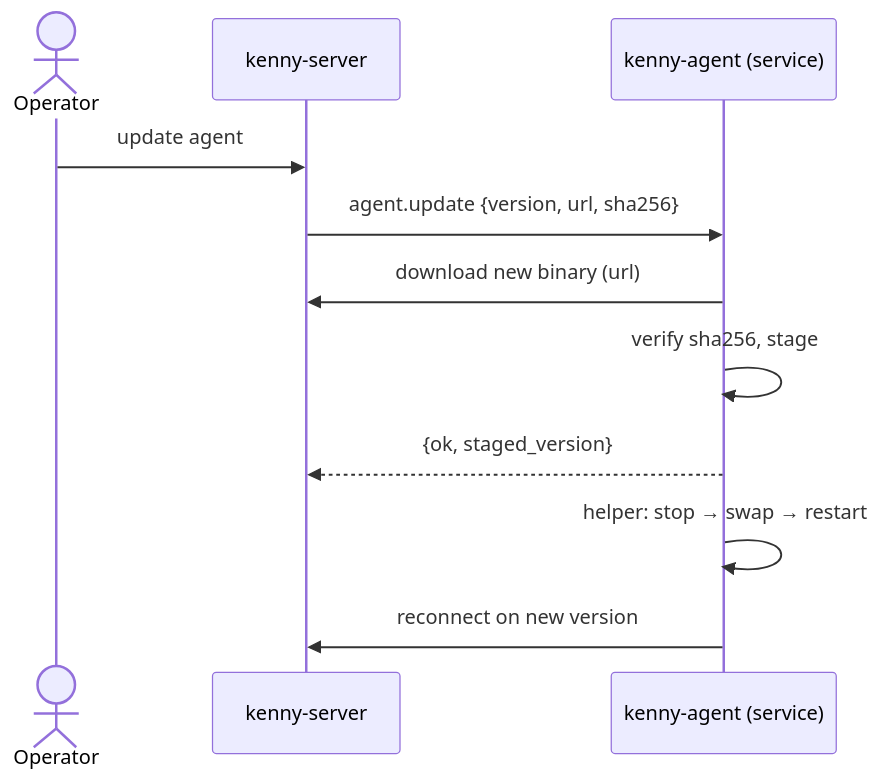
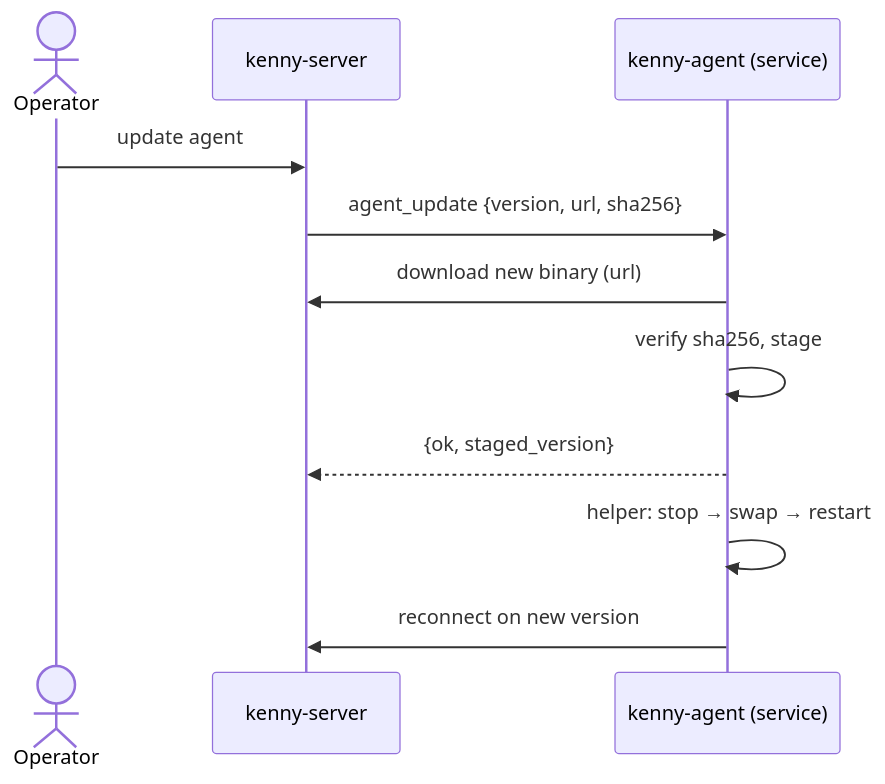
The fourth of 4 diagrams in docs/user-guide.md (nullthrone/kenny), drawn with Mermaid before and after one commit. The commit also changed other lines of this file and 36 other files, not shown here.

````diff
--- a/docs/user-guide.md
+++ b/docs/user-guide.md
@@ -178,13 +178,13 @@
 ```mermaid
 sequenceDiagram
   actor Op as Operator
   participant Server as kenny-server
   participant Agent as kenny-agent (service)
   Op->>Server: update agent
-  Server->>Agent: agent.update {version, url, sha256}
+  Server->>Agent: agent_update {version, url, sha256}
   Agent->>Server: download new binary (url)
   Agent->>Agent: verify sha256, stage
   Agent-->>Server: {ok, staged_version}
   Agent->>Agent: helper: stop → swap → restart
   Agent->>Server: reconnect on new version
 ```
````
